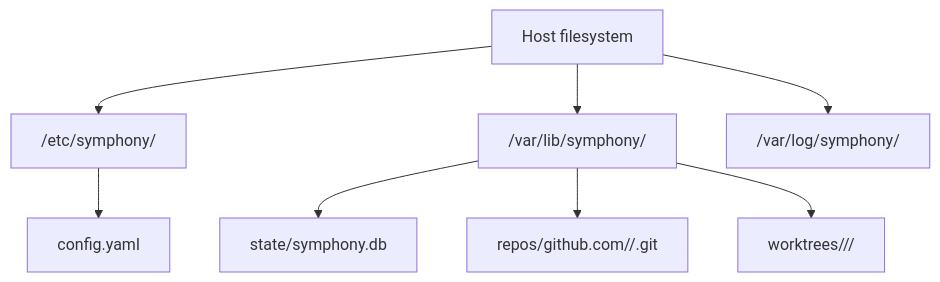
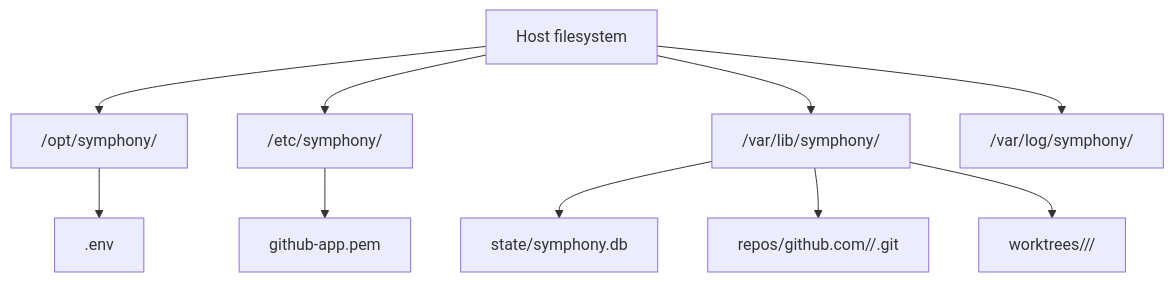
One commit to mngeow/heimdall changed the diagram in docs/operations.md. Above: the diagram before and after it, drawn with Mermaid. The commit also changed other lines of this file and 22 other files, not shown here.

````diff
--- a/docs/operations.md
+++ b/docs/operations.md
@@ -31,10 +31,12 @@
 ```mermaid
 flowchart TB
-    Host["Host filesystem"] --> Etc["/etc/symphony/"]
+    Host["Host filesystem"] --> Project["/opt/symphony/"]
+    Host --> Etc["/etc/symphony/"]
     Host --> VarLib["/var/lib/symphony/"]
     Host --> VarLog["/var/log/symphony/"]
-    Etc --> Config["config.yaml"]
+    Project --> Config[".env"]
+    Etc --> Key["github-app.pem"]
     VarLib --> State["state/symphony.db"]
     VarLib --> Repos["repos/github.com/<owner>/<repo>.git"]
     VarLib --> Worktrees["worktrees/<provider>/<issue-key>/"]
 ```
````
